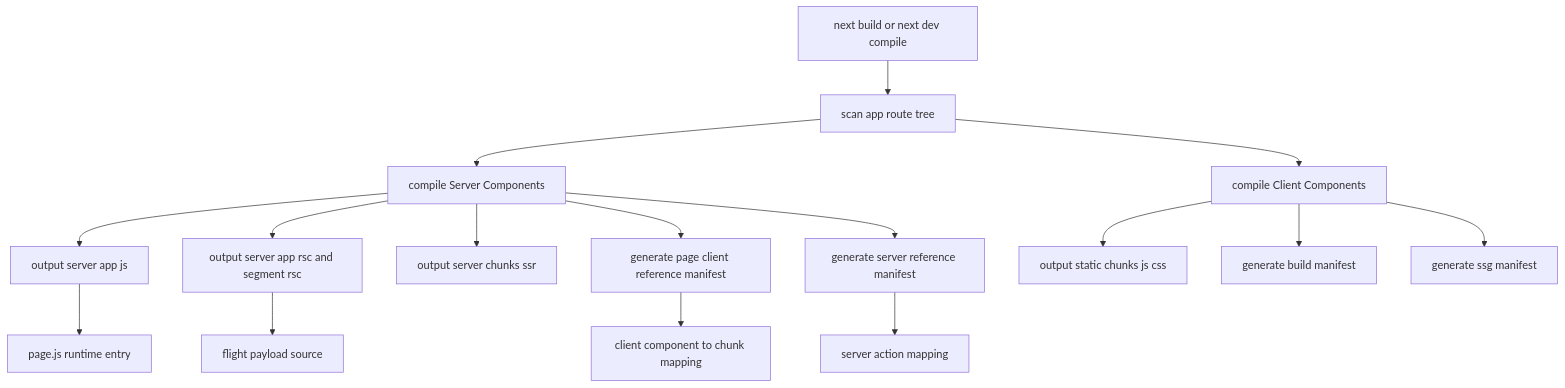
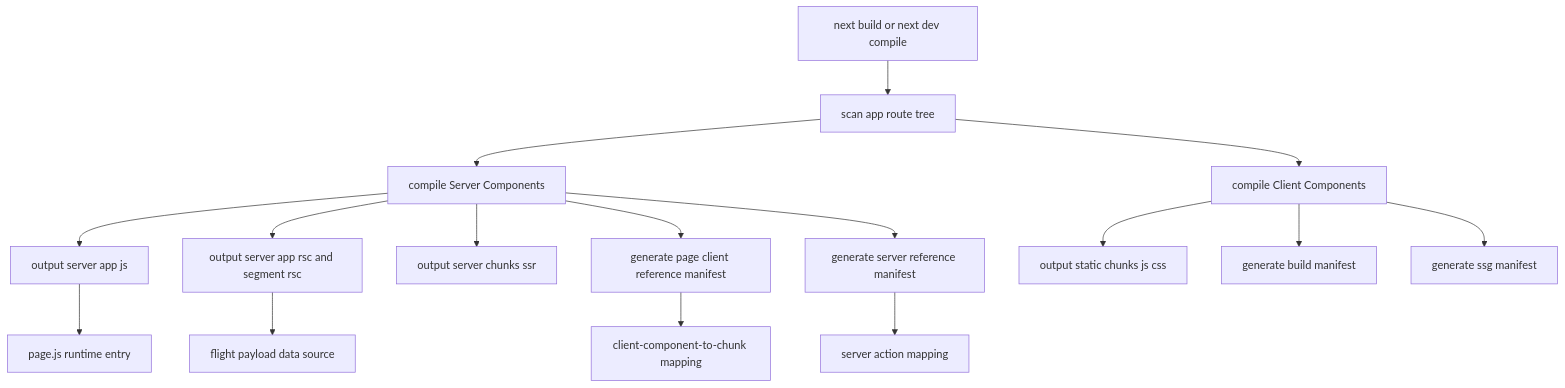
Before and after one commit to Dilettante258/homepage: the third of 3 diagrams in src/content/blog/rsc-learn-en.md, drawn with Mermaid. The commit also changed other lines of this file and 1 other file, not shown here.

````diff
--- a/src/content/blog/rsc-learn-en.md
+++ b/src/content/blog/rsc-learn-en.md
@@ -312,22 +330,22 @@
 ```mermaid
 flowchart TD
     A[next build or next dev compile] --> B[scan app route tree]
     B --> C[compile Server Components]
     B --> D[compile Client Components]
 
     C --> E[output server app js]
     C --> F[output server app rsc and segment rsc]
     C --> G[output server chunks ssr]
 
     D --> H[output static chunks js css]
 
     C --> I[generate page client reference manifest]
     C --> J[generate server reference manifest]
     D --> K[generate build manifest]
     D --> L[generate ssg manifest]
 
     E --> M[page.js runtime entry]
-    F --> N[flight payload source]
-    I --> O[client component to chunk mapping]
+    F --> N[flight payload data source]
+    I --> O[client-component-to-chunk mapping]
     J --> P[server action mapping]
 ```
````
